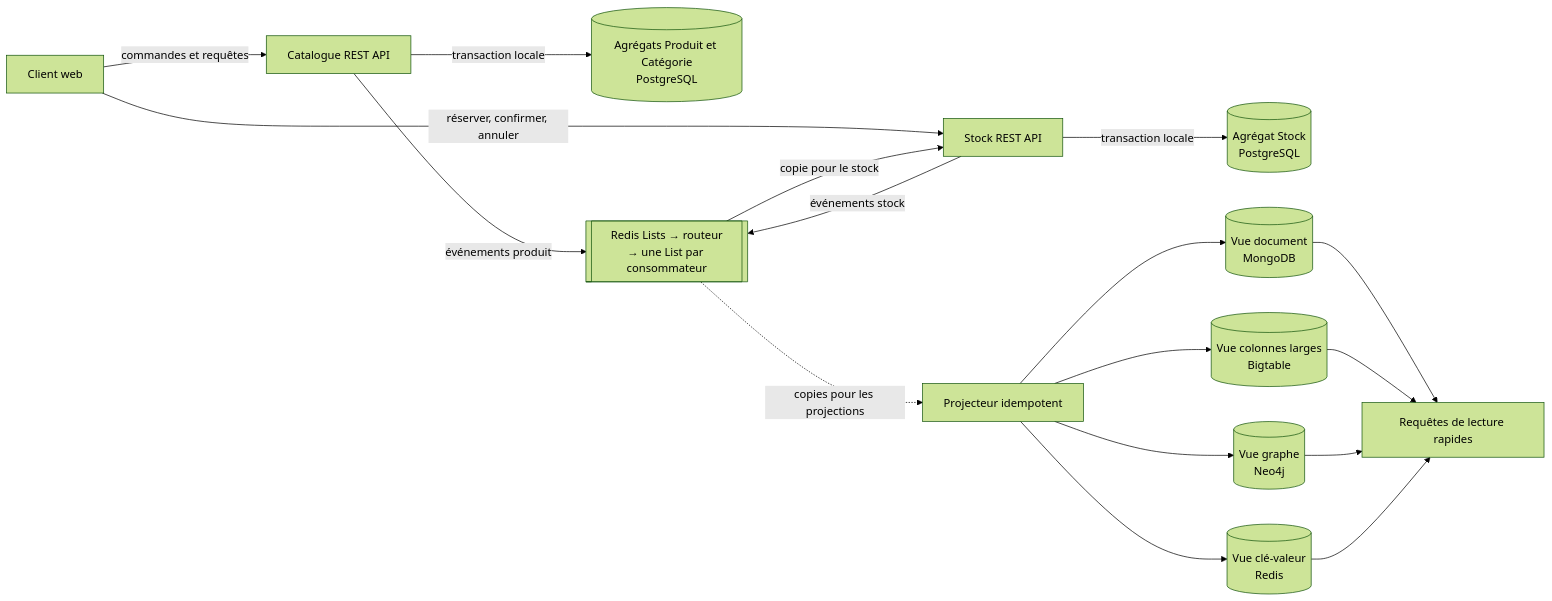
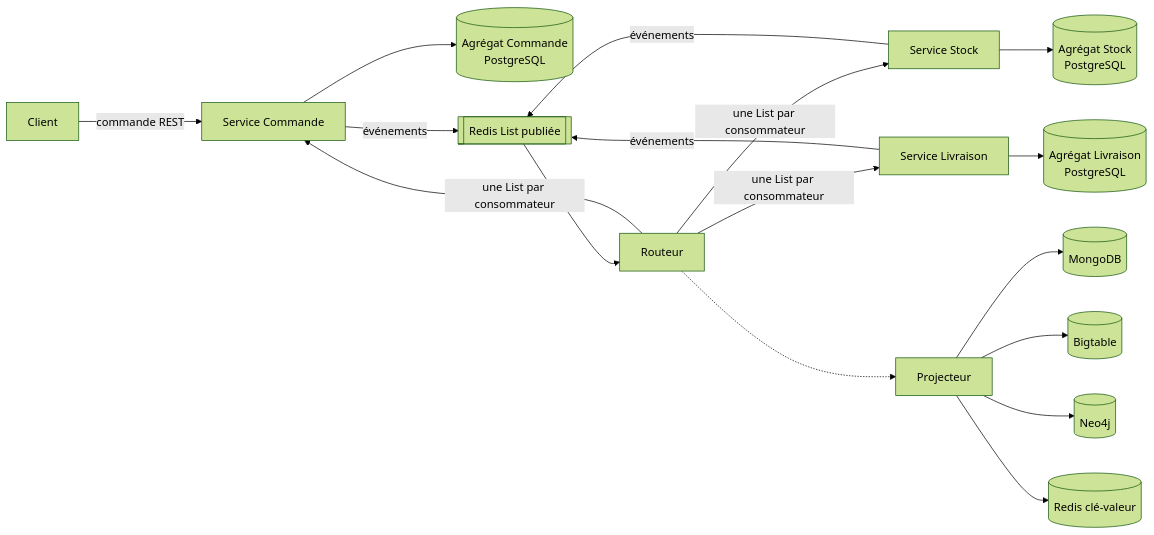
Before and after one commit to CharmanY/E-commerce-projet-Nosql-: the diagram in README.md, drawn with Mermaid (forest theme). The commit also changed other lines of this file, not shown here.

````diff
--- a/README.md
+++ b/README.md
@@ -167,32 +14,12 @@
 ```mermaid
 flowchart LR
-    UI[Client web]
-    CAT[Catalogue REST API]
-    STK[Stock REST API]
-    CATDB[(Agrégats Produit et Catégorie<br/>PostgreSQL)]
-    STKDB[(Agrégat Stock<br/>PostgreSQL)]
-    FLOW[[Redis Lists → routeur<br/>→ une List par consommateur]]
-    PROJ[Projecteur idempotent]
-    DOC[(Vue document<br/>MongoDB)]
-    WIDE[(Vue colonnes larges<br/>Bigtable)]
-    GRAPH[(Vue graphe<br/>Neo4j)]
-    KV[(Vue clé-valeur<br/>Redis)]
-    Q[Requêtes de lecture rapides]
-
-    UI -->|commandes et requêtes| CAT
-    UI -->|réserver, confirmer, annuler| STK
-    CAT -->|transaction locale| CATDB
-    STK -->|transaction locale| STKDB
-    CAT -->|événements produit| FLOW
-    STK -->|événements stock| FLOW
-    FLOW -->|copie pour le stock| STK
-    FLOW -.->|copies pour les projections| PROJ
-    PROJ --> DOC
-    PROJ --> WIDE
-    PROJ --> GRAPH
-    PROJ --> KV
-    DOC --> Q
-    WIDE --> Q
-    GRAPH --> Q
-    KV --> Q
+    C[Client] -->|commande REST| O[Service Commande]
+    O --> ODB[(Agrégat Commande<br/>PostgreSQL)]
+    S[Service Stock] --> SDB[(Agrégat Stock<br/>PostgreSQL)]
+    L[Service Livraison] --> LDB[(Agrégat Livraison<br/>PostgreSQL)]
+    O & S & L -->|événements| P[[Redis List publiée]]
+    P --> R[Routeur]
+    R -->|une List par consommateur| O & S & L
+    R -.-> V[Projecteur]
+    V --> M[(MongoDB)] & B[(Bigtable)] & N[(Neo4j)] & K[(Redis clé-valeur)]
 ```
````
